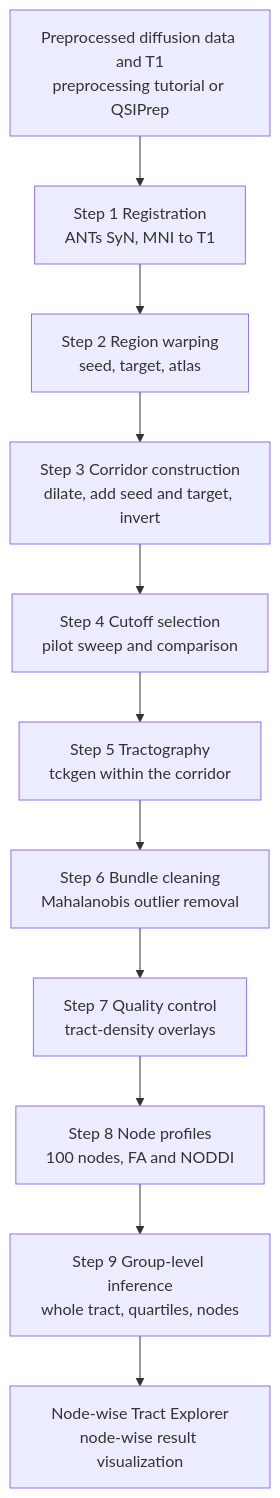
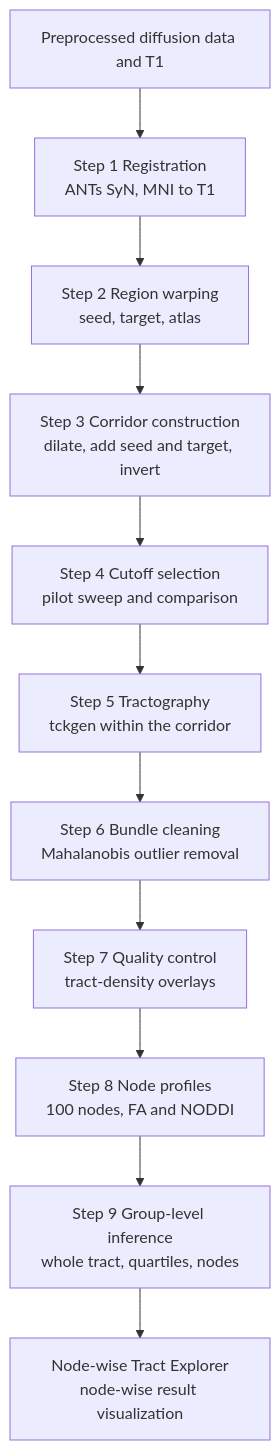
Before and after one commit to DiffusionTensorImaging-Repos/MesoConnect-Tutorial: the diagram in docs/workflow/overview.md, drawn with Mermaid. The commit also changed 3 other files, not shown here.

````diff
--- a/docs/workflow/overview.md
+++ b/docs/workflow/overview.md
@@ -14,13 +14,13 @@
 ```mermaid
 flowchart TD
-  A[Preprocessed diffusion data and T1<br/>preprocessing tutorial or QSIPrep] --> B[Step 1 Registration<br/>ANTs SyN, MNI to T1]
+  A[Preprocessed diffusion data and T1] --> B[Step 1 Registration<br/>ANTs SyN, MNI to T1]
   B --> C[Step 2 Region warping<br/>seed, target, atlas]
   C --> D[Step 3 Corridor construction<br/>dilate, add seed and target, invert]
   D --> E[Step 4 Cutoff selection<br/>pilot sweep and comparison]
   E --> F[Step 5 Tractography<br/>tckgen within the corridor]
   F --> G[Step 6 Bundle cleaning<br/>Mahalanobis outlier removal]
   G --> H[Step 7 Quality control<br/>tract-density overlays]
   H --> I[Step 8 Node profiles<br/>100 nodes, FA and NODDI]
   I --> J[Step 9 Group-level inference<br/>whole tract, quartiles, nodes]
   J --> K[Node-wise Tract Explorer<br/>node-wise result visualization]
 ```
````
